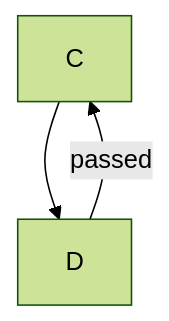
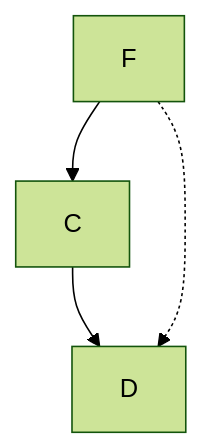
One commit to EastDong314/EastDong314 changed the third of 4 diagrams in README.md. Above: the diagram before and after it, drawn with Mermaid (forest theme). The commit also changed other lines of this file, not shown here.

Commit message:
test: mermaid probe 2

````diff
--- a/README.md
+++ b/README.md
@@ -234,5 +215,6 @@
 ```mermaid
 flowchart TD
+    F --> C
     C --> D
-    D -->|passed| C
+    F -.-> D
 ```
````
